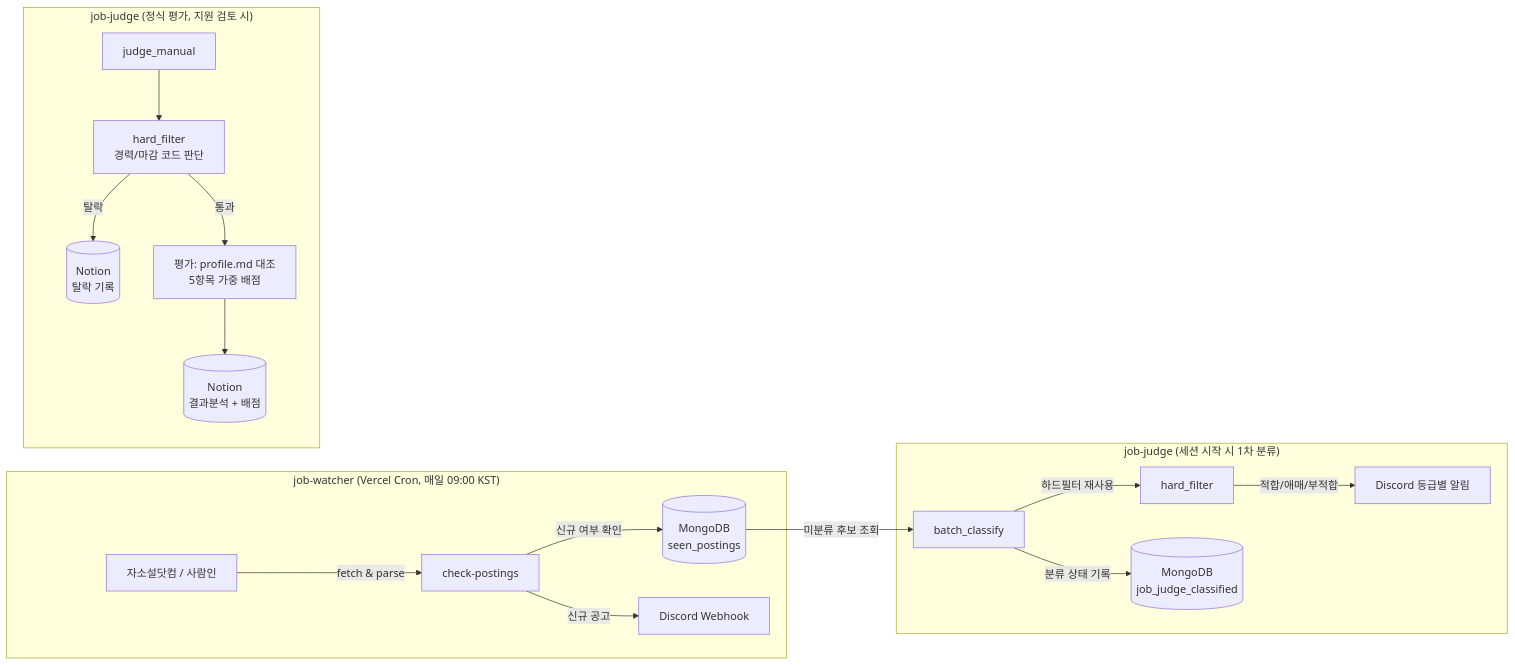
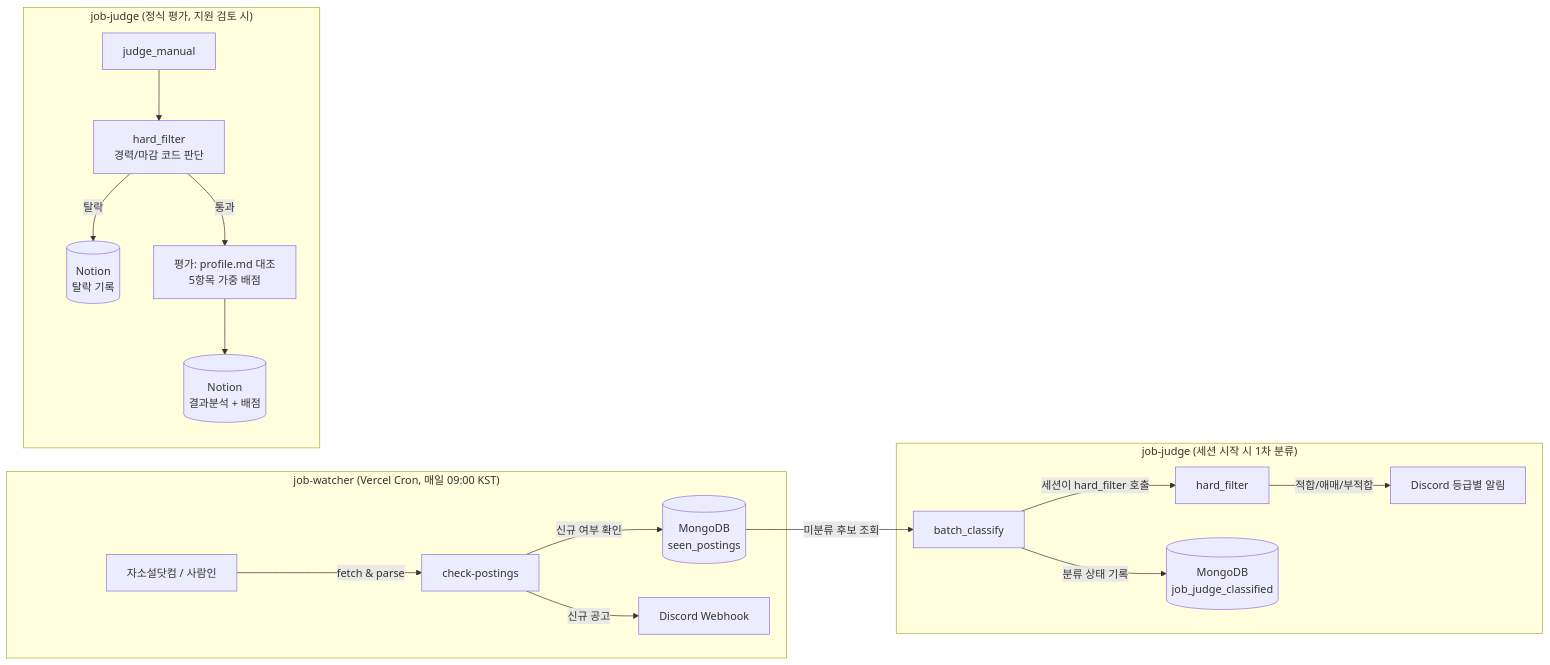
The diagram in README.md (dev-chanyoung/job-fit-matcher), drawn with Mermaid before and after one commit. The commit also changed other lines of this file and 1 other file, not shown here.

````diff
--- a/README.md
+++ b/README.md
@@ -20,22 +20,22 @@
 ```mermaid
 flowchart LR
     subgraph "job-watcher (Vercel Cron, 매일 09:00 KST)"
         Sites["자소설닷컴 / 사람인"] -->|fetch & parse| Watcher[check-postings]
         Watcher -->|신규 여부 확인| Mongo1[(MongoDB\nseen_postings)]
         Watcher -->|신규 공고| Discord1[Discord Webhook]
     end
 
     subgraph "job-judge (세션 시작 시 1차 분류)"
         Mongo1 -->|미분류 후보 조회| Classify[batch_classify]
-        Classify -->|하드필터 재사용| HF1[hard_filter]
+        Classify -->|세션이 hard_filter 호출| HF1[hard_filter]
         HF1 -->|적합/애매/부적합| Discord2[Discord 등급별 알림]
         Classify -->|분류 상태 기록| Mongo2[(MongoDB\njob_judge_classified)]
     end
 
     subgraph "job-judge (정식 평가, 지원 검토 시)"
         Manual[judge_manual] --> HF2[hard_filter\n경력/마감 코드 판단]
         HF2 -->|탈락| Notion1[(Notion\n탈락 기록)]
         HF2 -->|통과| Eval["평가: profile.md 대조\n5항목 가중 배점"]
         Eval --> Notion2[(Notion\n결과분석 + 배점)]
     end
 ```
````
